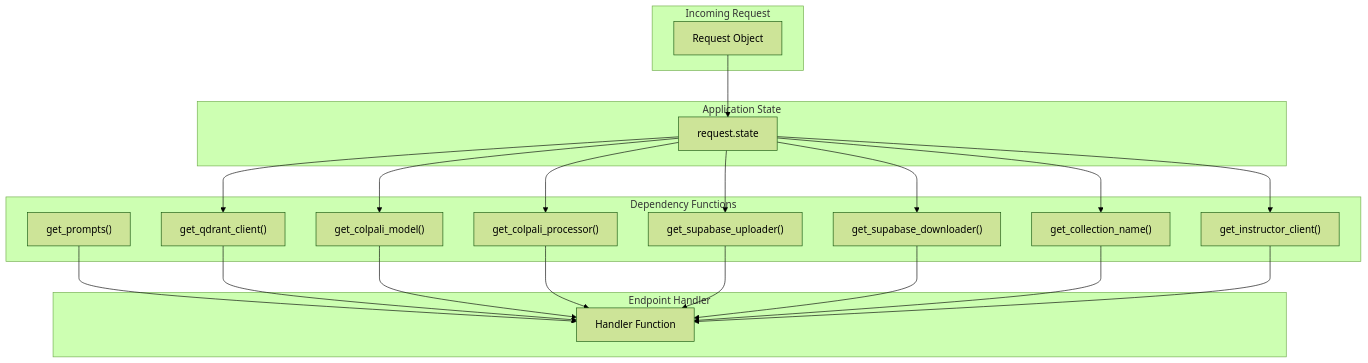
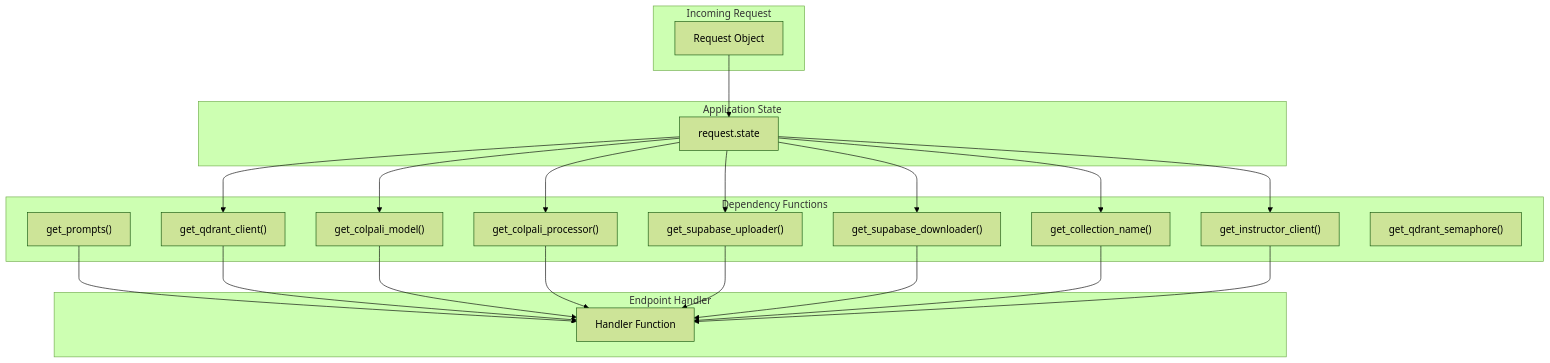
Before and after one commit to akosgintl/colpali-rag-app: the fifth of 8 diagrams in docs/architecture.md, drawn with Mermaid (forest theme). The commit also changed other lines of this file and 42 other files, not shown here.

````diff
--- a/docs/architecture.md
+++ b/docs/architecture.md
@@ -179,42 +183,43 @@
 ```mermaid
 graph TD
     subgraph Request["Incoming Request"]
         R["Request Object"]
     end
 
     subgraph State["Application State"]
         S["request.state"]
     end
 
     subgraph Dependencies["Dependency Functions"]
         D1["get_qdrant_client()"]
         D2["get_colpali_model()"]
         D3["get_colpali_processor()"]
         D4["get_supabase_uploader()"]
         D5["get_supabase_downloader()"]
         D6["get_collection_name()"]
         D7["get_instructor_client()"]
         D8["get_prompts()"]
+        D9["get_qdrant_semaphore()"]
     end
 
     subgraph Endpoint["Endpoint Handler"]
         E["Handler Function"]
     end
 
     R --> S
     S --> D1
     S --> D2
     S --> D3
     S --> D4
     S --> D5
     S --> D6
     S --> D7
     D8 --> E
     D1 --> E
     D2 --> E
     D3 --> E
     D4 --> E
     D5 --> E
     D6 --> E
     D7 --> E
 ```
````
